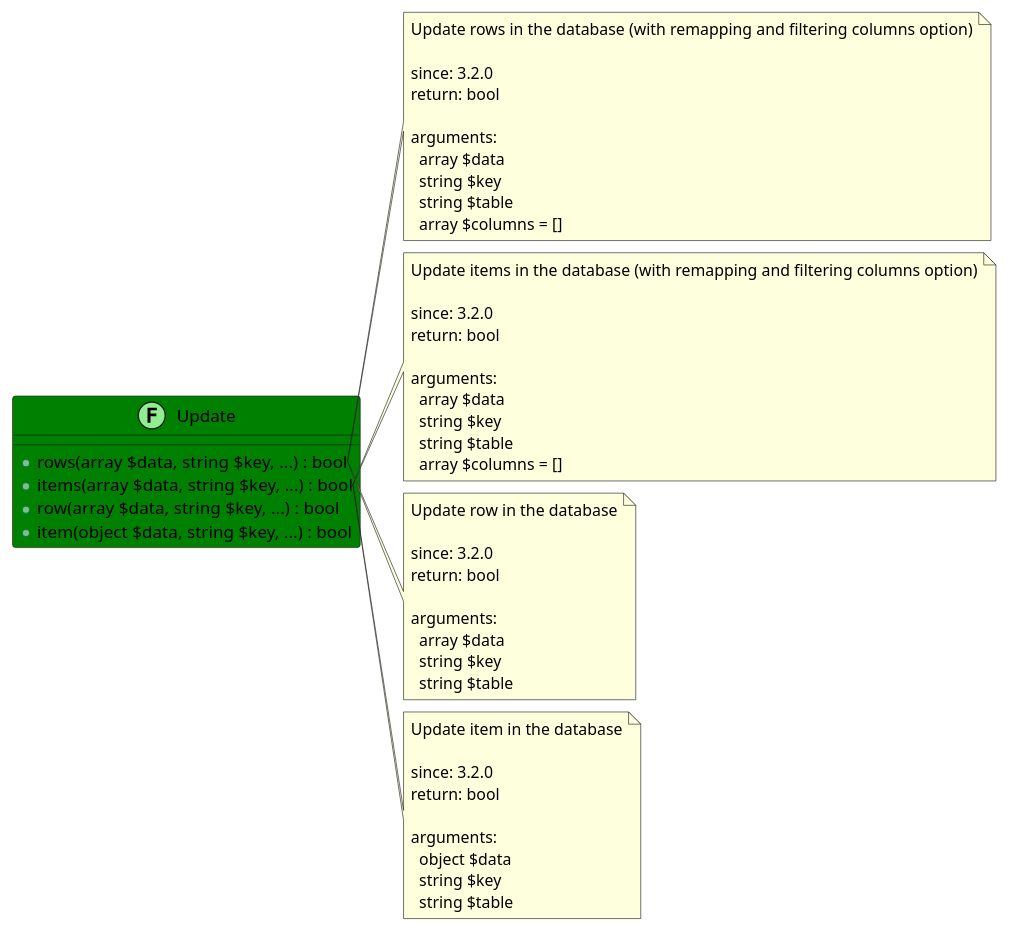
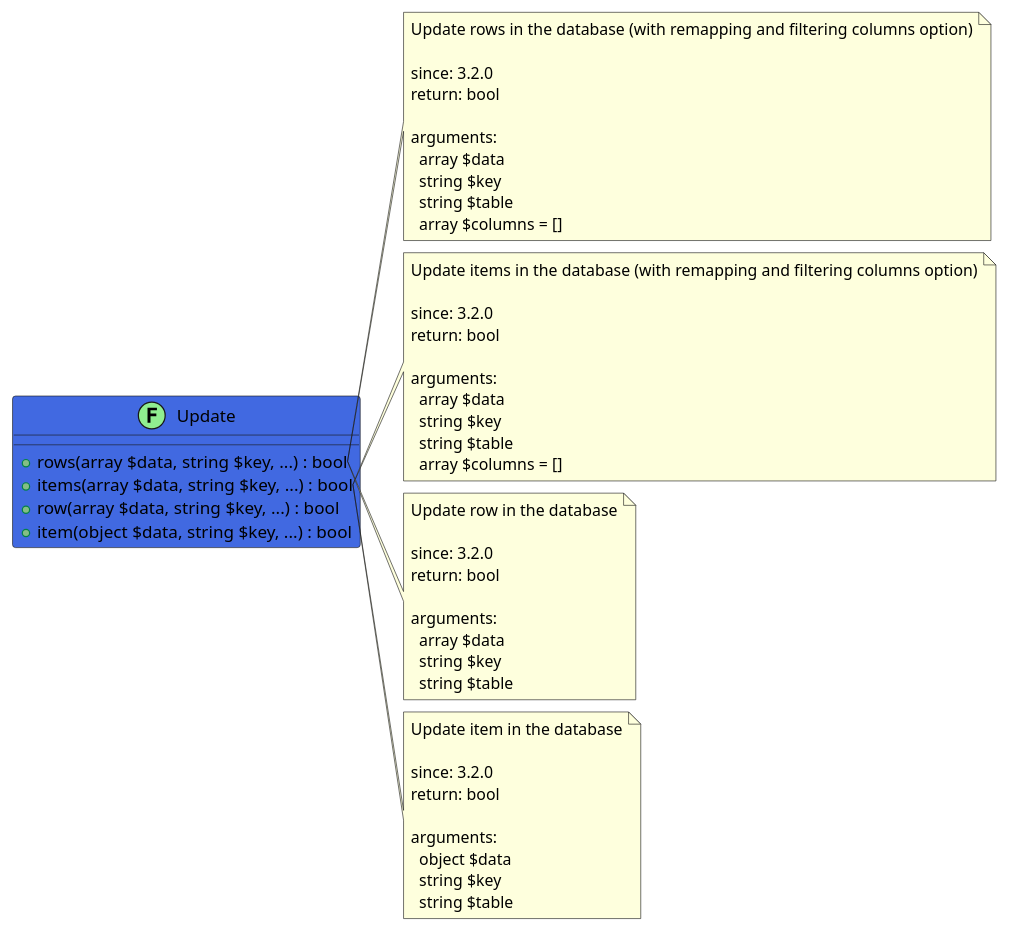
Before and after one commit to joomengine/super-powers: the diagram in src/cce56585-58b0-4f72-a92c-e2635ea52d83/README.md, drawn with PlantUML. The commit also changed other lines of this file and 75 other files, not shown here.

````diff
--- a/src/cce56585-58b0-4f72-a92c-e2635ea52d83/README.md
+++ b/src/cce56585-58b0-4f72-a92c-e2635ea52d83/README.md
@@ -11,61 +12,61 @@
 ```uml
 @startuml
-class Update << (F,LightGreen) >> #Green {
+class Update << (F,LightGreen) >> #RoyalBlue {
   + rows(array $data, string $key, ...) : bool
   + items(array $data, string $key, ...) : bool
   + row(array $data, string $key, ...) : bool
   + item(object $data, string $key, ...) : bool
 }
 
 note right of Update::rows
   Update rows in the database (with remapping and filtering columns option)
 
   since: 3.2.0
   return: bool
   
   arguments:
     array $data
     string $key
     string $table
     array $columns = []
 end note
 
 note right of Update::items
   Update items in the database (with remapping and filtering columns option)
 
   since: 3.2.0
   return: bool
   
   arguments:
     array $data
     string $key
     string $table
     array $columns = []
 end note
 
 note right of Update::row
   Update row in the database
 
   since: 3.2.0
   return: bool
   
   arguments:
     array $data
     string $key
     string $table
 end note
 
 note right of Update::item
   Update item in the database
 
   since: 3.2.0
   return: bool
   
   arguments:
     object $data
     string $key
     string $table
 end note
  
 @enduml
 ```
````
